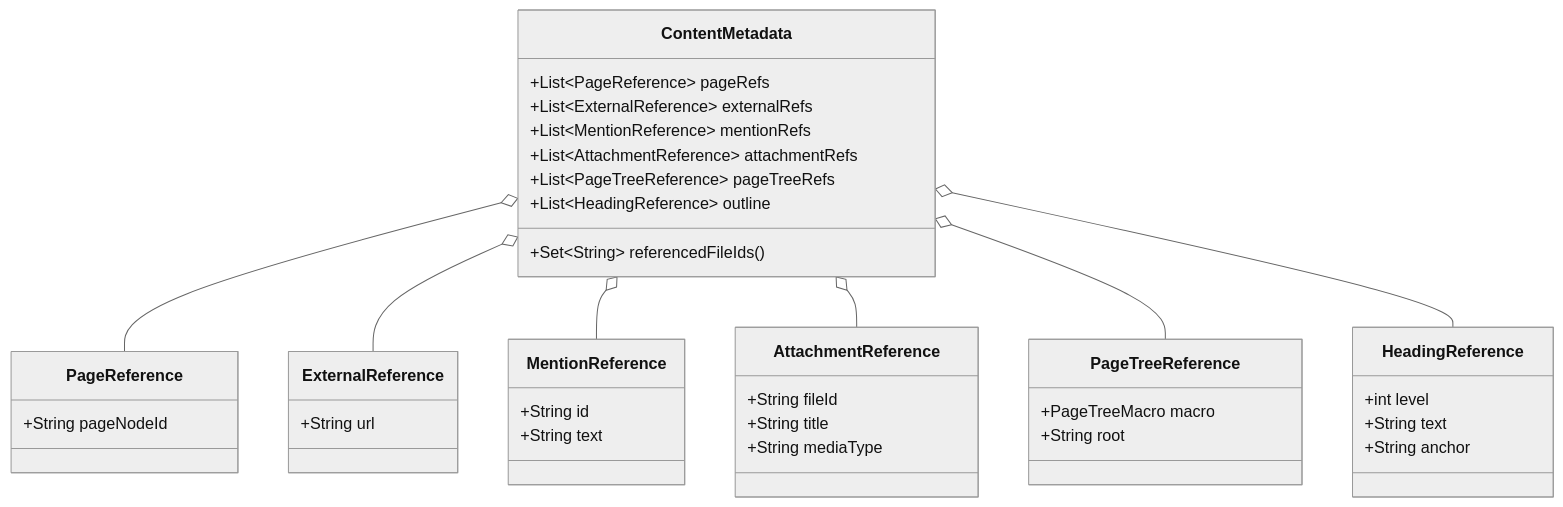
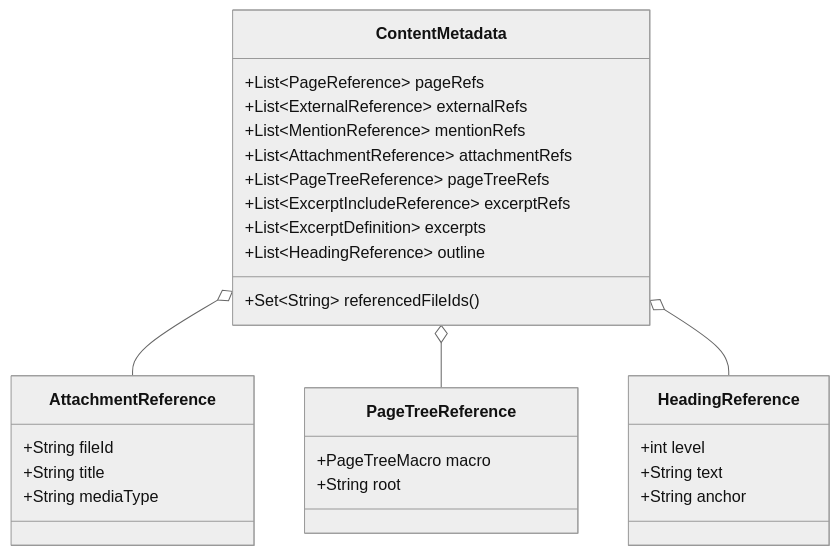
The seventh of 9 diagrams in docs/architecture.md (thiagogcm/adf4j), drawn with Mermaid (neutral theme) before and after one commit. The commit also changed other lines of this file and 20 other files, not shown here.

````diff
--- a/docs/architecture.md
+++ b/docs/architecture.md
@@ -253,42 +262,31 @@
 ```mermaid
 classDiagram
     class ContentMetadata {
         +List~PageReference~ pageRefs
         +List~ExternalReference~ externalRefs
         +List~MentionReference~ mentionRefs
         +List~AttachmentReference~ attachmentRefs
         +List~PageTreeReference~ pageTreeRefs
+        +List~ExcerptIncludeReference~ excerptRefs
+        +List~ExcerptDefinition~ excerpts
         +List~HeadingReference~ outline
         +Set~String~ referencedFileIds()
-    }
-    class PageReference {
-        +String pageNodeId
-    }
-    class ExternalReference {
-        +String url
-    }
-    class MentionReference {
-        +String id
-        +String text
     }
     class AttachmentReference {
         +String fileId
         +String title
         +String mediaType
     }
     class PageTreeReference {
         +PageTreeMacro macro
         +String root
     }
     class HeadingReference {
         +int level
         +String text
         +String anchor
     }
-    ContentMetadata o-- PageReference
-    ContentMetadata o-- ExternalReference
-    ContentMetadata o-- MentionReference
     ContentMetadata o-- AttachmentReference
     ContentMetadata o-- PageTreeReference
     ContentMetadata o-- HeadingReference
 ```
````
